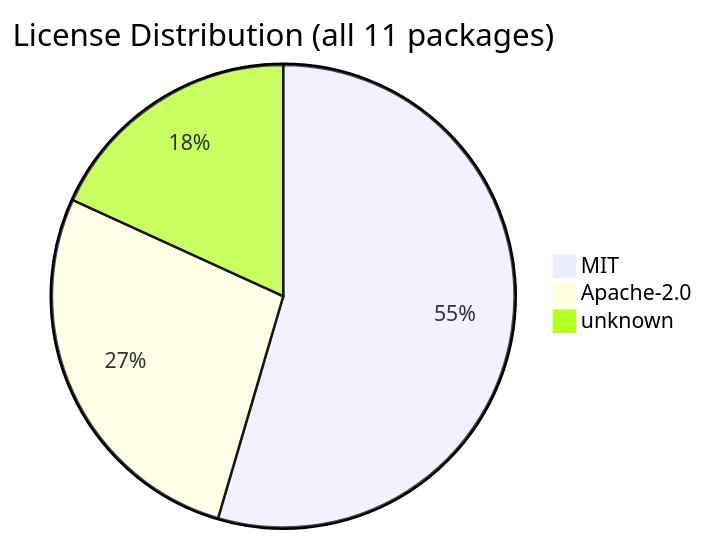
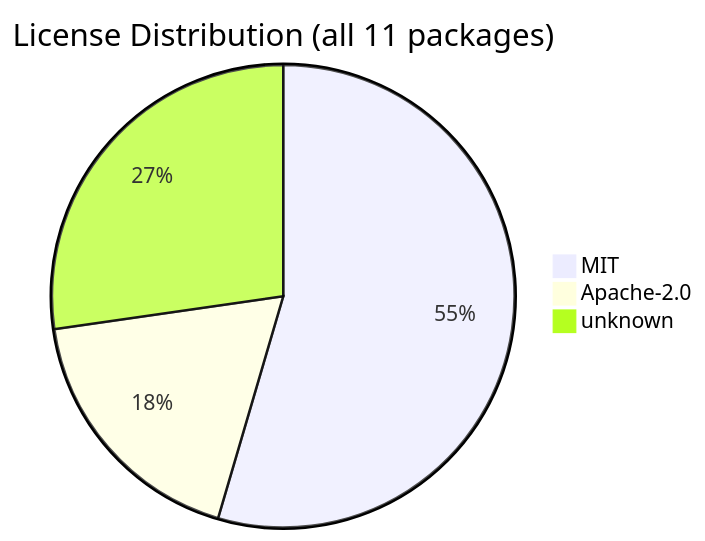
Before and after one commit to svenroth-ai/shipwright: the diagram in .shipwright/compliance/sbom.md, drawn with Mermaid. The commit also changed other lines of this file and 46 other files, not shown here.

````diff
--- a/.shipwright/compliance/sbom.md
+++ b/.shipwright/compliance/sbom.md
@@ -18,6 +18,6 @@
 ```mermaid
 pie title License Distribution (all 11 packages)
     "MIT" : 6
-    "Apache-2.0" : 3
-    "unknown" : 2
+    "Apache-2.0" : 2
+    "unknown" : 3
 ```
````
